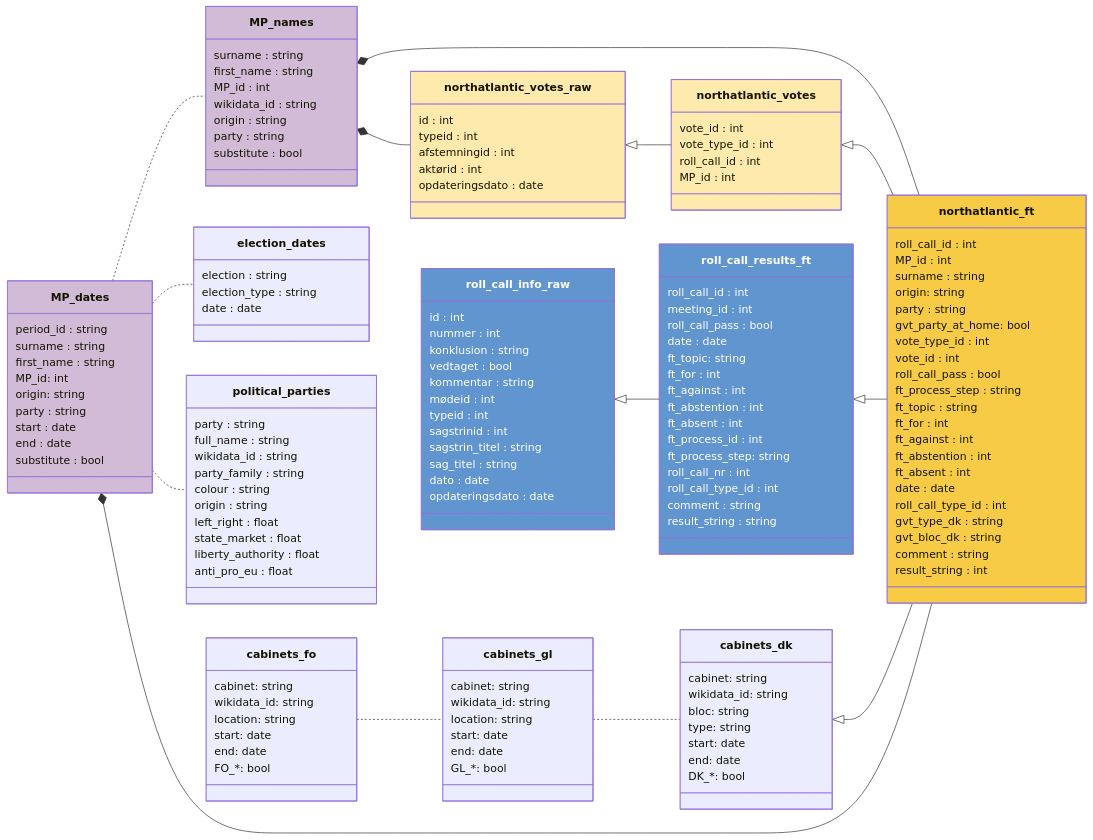
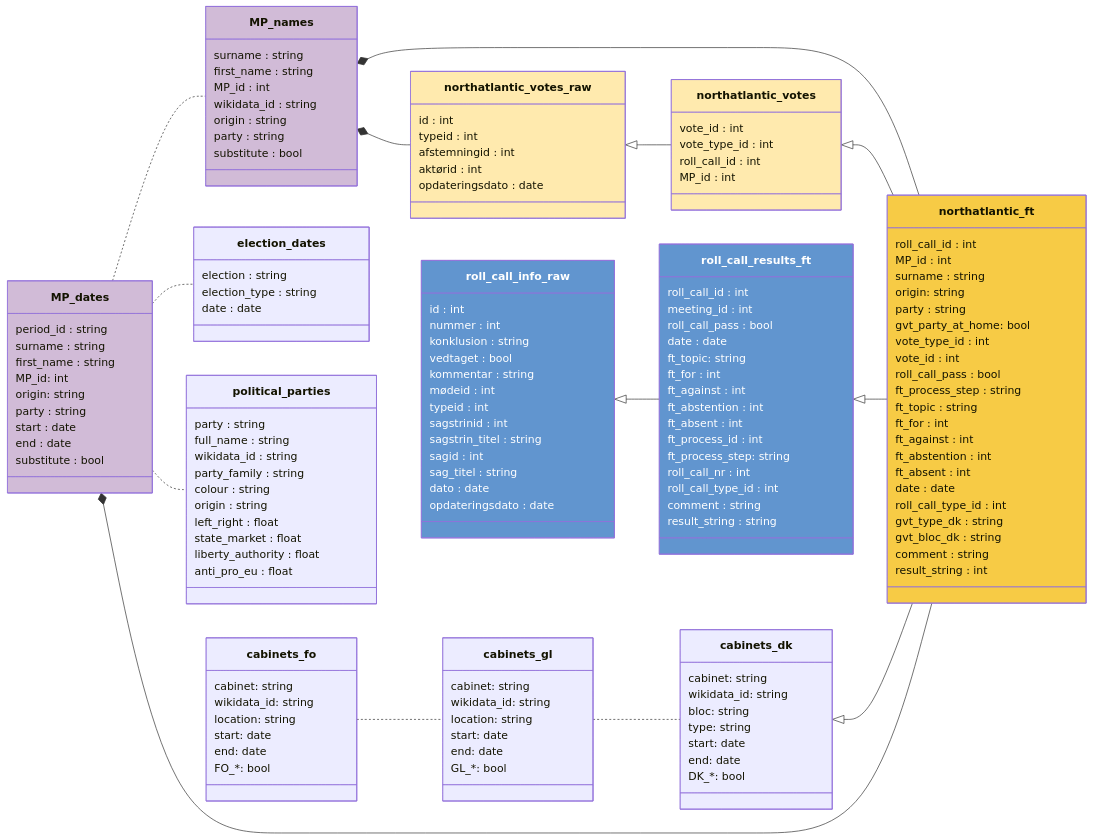
The diagram in docs/codebook.qmd (mtwente/nordatlantisk-ft), drawn with Mermaid before and after one commit. The commit also changed other lines of this file, not shown here.

Commit message:
docs: add sagid variable to codebook

```diff
--- a/docs/codebook.qmd
+++ b/docs/codebook.qmd
@@ -211,6 +211,7 @@
         typeid : int
         sagstrinid : int
         sagstrin_titel : string
+        sagid : int
         sag_titel : string
         dato : date
         opdateringsdato : date
```
